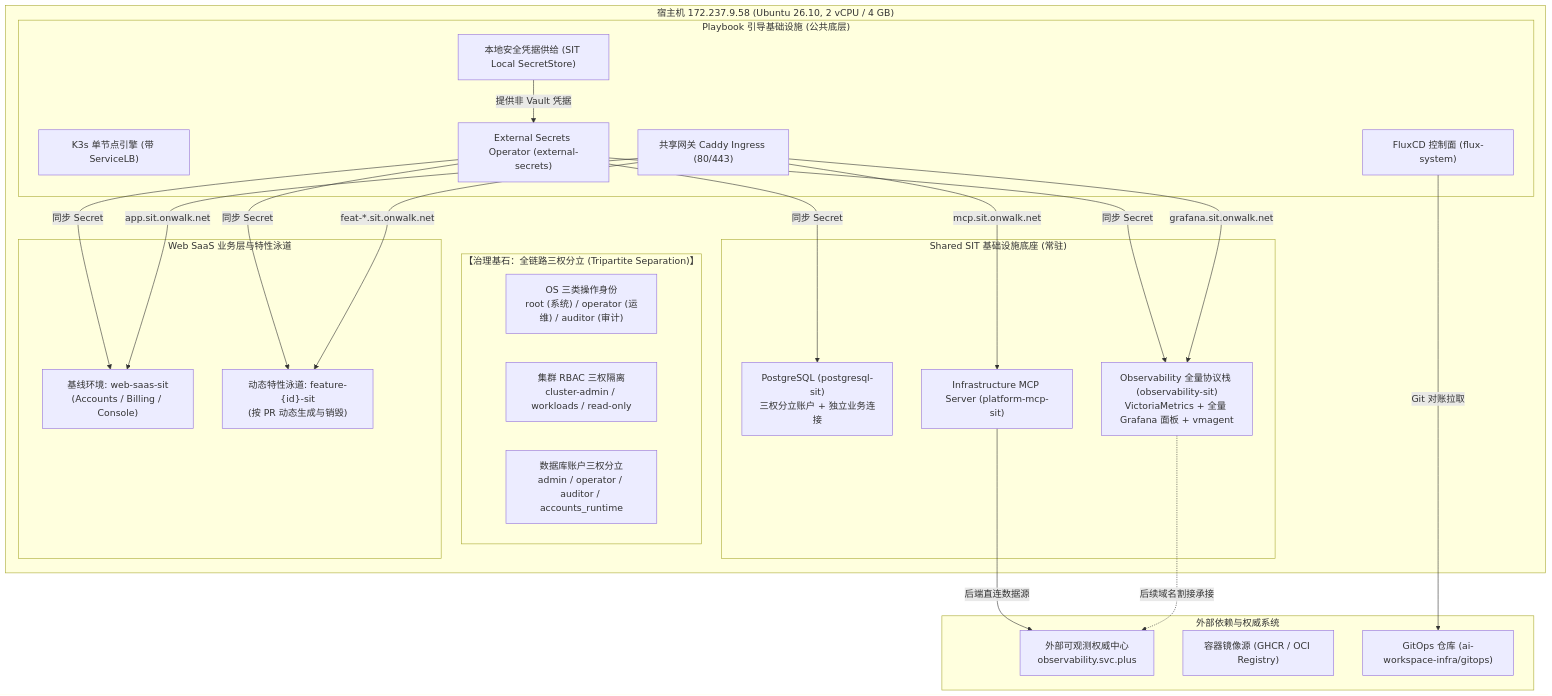
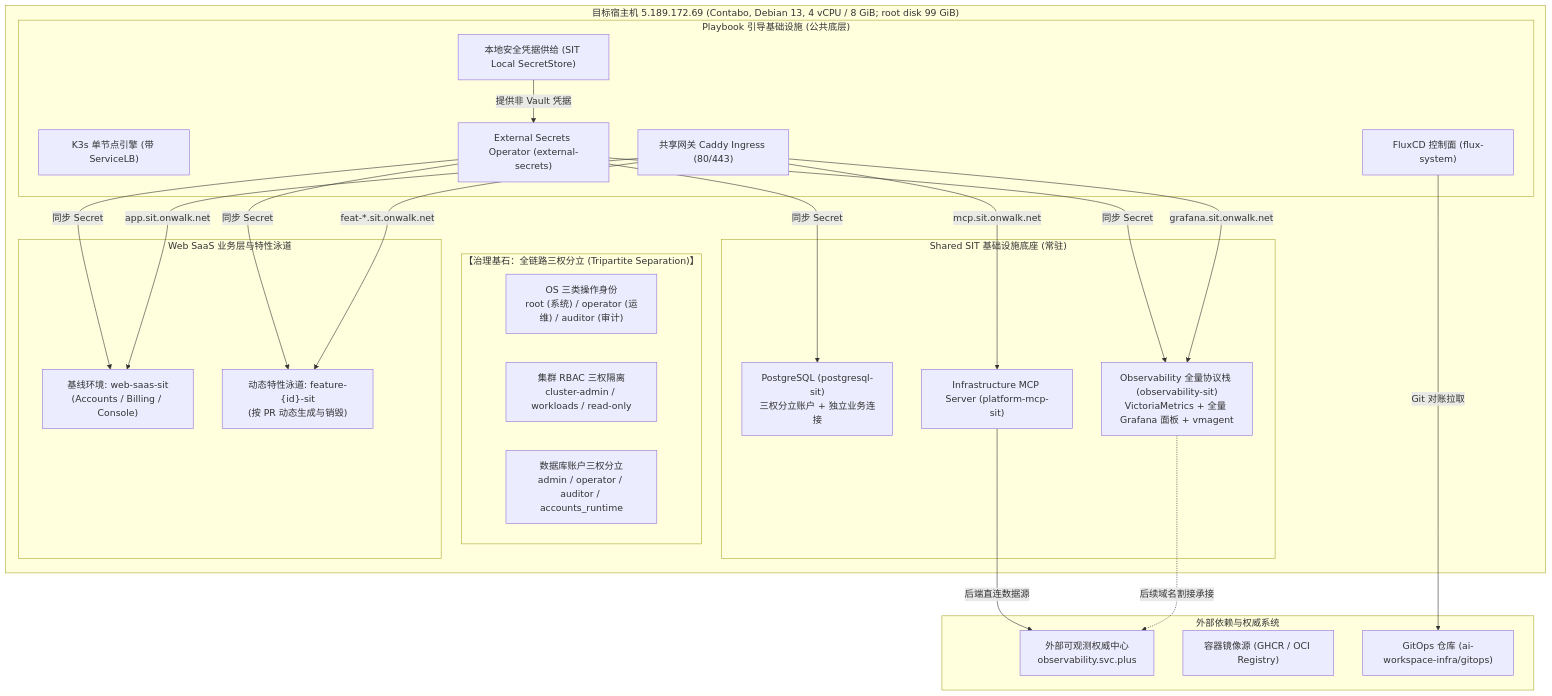
Before and after one commit to ai-workspace-services/knowledge: the first of 2 diagrams in docs/reference/platform-delivery/clusters/sit-k3s-v6/SIT-K3S-V6-模块化交付与特性泳道规划.md, drawn with Mermaid. The commit also changed other lines of this file and 1 other file, not shown here.

Commit message:
docs(sit): validate Contabo delivery plan (#395)

````diff
--- a/docs/reference/platform-delivery/clusters/sit-k3s-v6/SIT-K3S-V6-模块化交付与特性泳道规划.md
+++ b/docs/reference/platform-delivery/clusters/sit-k3s-v6/SIT-K3S-V6-模块化交付与特性泳道规划.md
@@ -105,49 +106,49 @@
 ```mermaid
 flowchart TB
-    subgraph Host["宿主机 172.237.9.58 (Ubuntu 26.10, 2 vCPU / 4 GB)"]
+    subgraph Host["目标宿主机 5.189.172.69 (Contabo, Debian 13, 4 vCPU / 8 GiB; root disk 99 GiB)"]
         subgraph TripartiteSec["【治理基石：全链路三权分立 (Tripartite Separation)】"]
             OS_ID["OS 三类操作身份<br/>root (系统) / operator (运维) / auditor (审计)"]
             K8S_RBAC["集群 RBAC 三权隔离<br/>cluster-admin / workloads / read-only"]
             DB_ROLES["数据库账户三权分立<br/>admin / operator / auditor / accounts_runtime"]
         end
 
         subgraph InfraBootstrap["Playbook 引导基础设施 (公共底层)"]
             K3S["K3s 单节点引擎 (带 ServiceLB)"]
             FLUX["FluxCD 控制面 (flux-system)"]
             ESO["External Secrets Operator (external-secrets)"]
             INGRESS["共享网关 Caddy Ingress (80/443)"]
             LOCALSEC["本地安全凭据供给 (SIT Local SecretStore)"]
         end
 
         subgraph SharedSIT["Shared SIT 基础设施底座 (常驻)"]
             PG["PostgreSQL (postgresql-sit)<br/>三权分立账户 + 独立业务连接"]
             OBS["Observability 全量协议栈 (observability-sit)<br/>VictoriaMetrics + 全量 Grafana 面板 + vmagent"]
             MCP["Infrastructure MCP Server (platform-mcp-sit)"]
         end
 
         subgraph WebSaaSPlatform["Web SaaS 业务层与特性泳道"]
             BASE["基线环境: web-saas-sit<br/>(Accounts / Billing / Console)"]
             LANE["动态特性泳道: feature-{id}-sit<br/>(按 PR 动态生成与销毁)"]
         end
     end
 
     subgraph ExternalServices["外部依赖与权威系统"]
         EXT_OBS["外部可观测权威中心<br/>observability.svc.plus"]
         EXT_REG["容器镜像源 (GHCR / OCI Registry)"]
         GITOPS_REPO["GitOps 仓库 (ai-workspace-infra/gitops)"]
     end
 
     %% 连接关系
     FLUX -->|Git 对账拉取| GITOPS_REPO
     MCP -->|后端直连数据源| EXT_OBS
     OBS -.->|后续域名割接承接| EXT_OBS
     LOCALSEC -->|提供非 Vault 凭据| ESO
     ESO -->|同步 Secret| PG
     ESO -->|同步 Secret| OBS
     ESO -->|同步 Secret| BASE
     ESO -->|同步 Secret| LANE
     INGRESS -->|app.sit.onwalk.net| BASE
     INGRESS -->|feat-*.sit.onwalk.net| LANE
     INGRESS -->|grafana.sit.onwalk.net| OBS
     INGRESS -->|mcp.sit.onwalk.net| MCP
 ```
````
